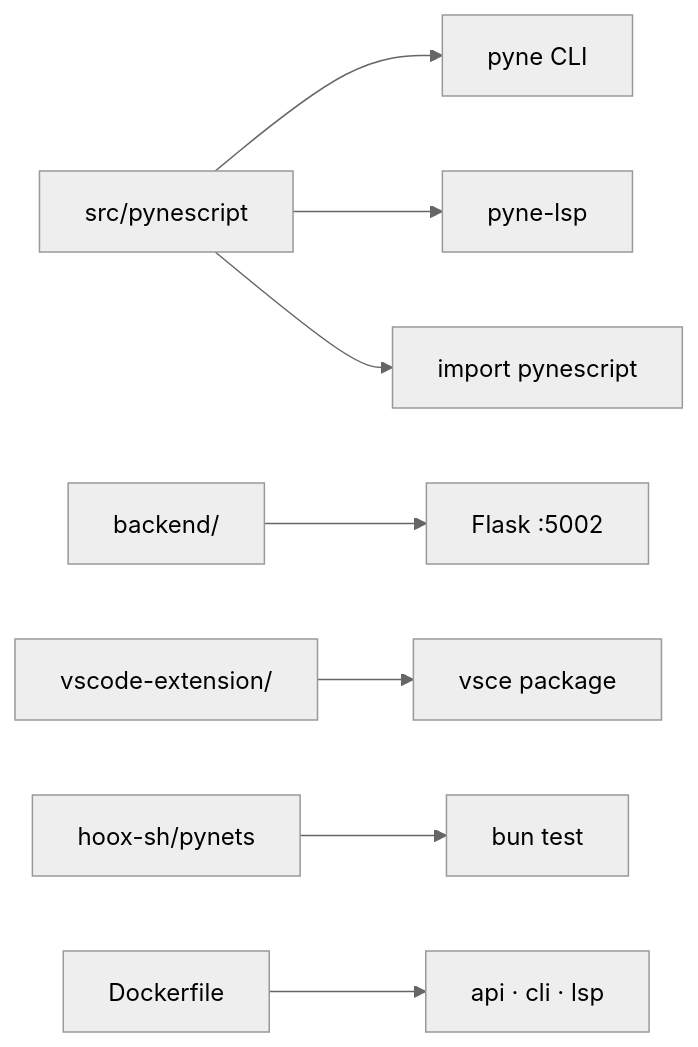
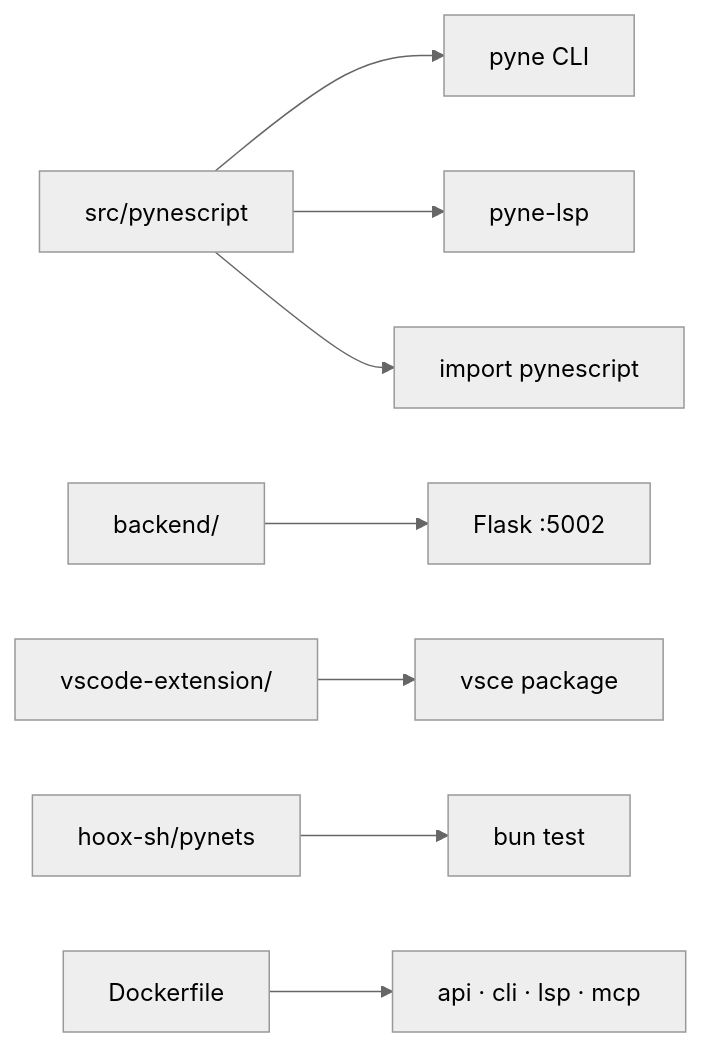
Before and after one commit to hoox-sh/pyne: the diagram in docs/pyne/devops/local-dev.mdx, drawn with Mermaid (neutral theme). The commit also changed other lines of this file and 96 other files, not shown here.

````diff
--- a/docs/pyne/devops/local-dev.mdx
+++ b/docs/pyne/devops/local-dev.mdx
@@ -35,10 +35,10 @@
 ```mermaid
 flowchart LR
   SRC[src/pynescript] --> CLI[pyne CLI]
   SRC --> LSP[pyne-lsp]
   SRC --> LIB[import pynescript]
   BE[backend/] --> API[Flask :5002]
   VSC[vscode-extension/] --> VSIX[vsce package]
   TS[hoox-sh/pynets] --> BUN[bun test]
-  DOCK[Dockerfile] --> IMG[api · cli · lsp]
+  DOCK[Dockerfile] --> IMG[api · cli · lsp · mcp]
 ```
````
